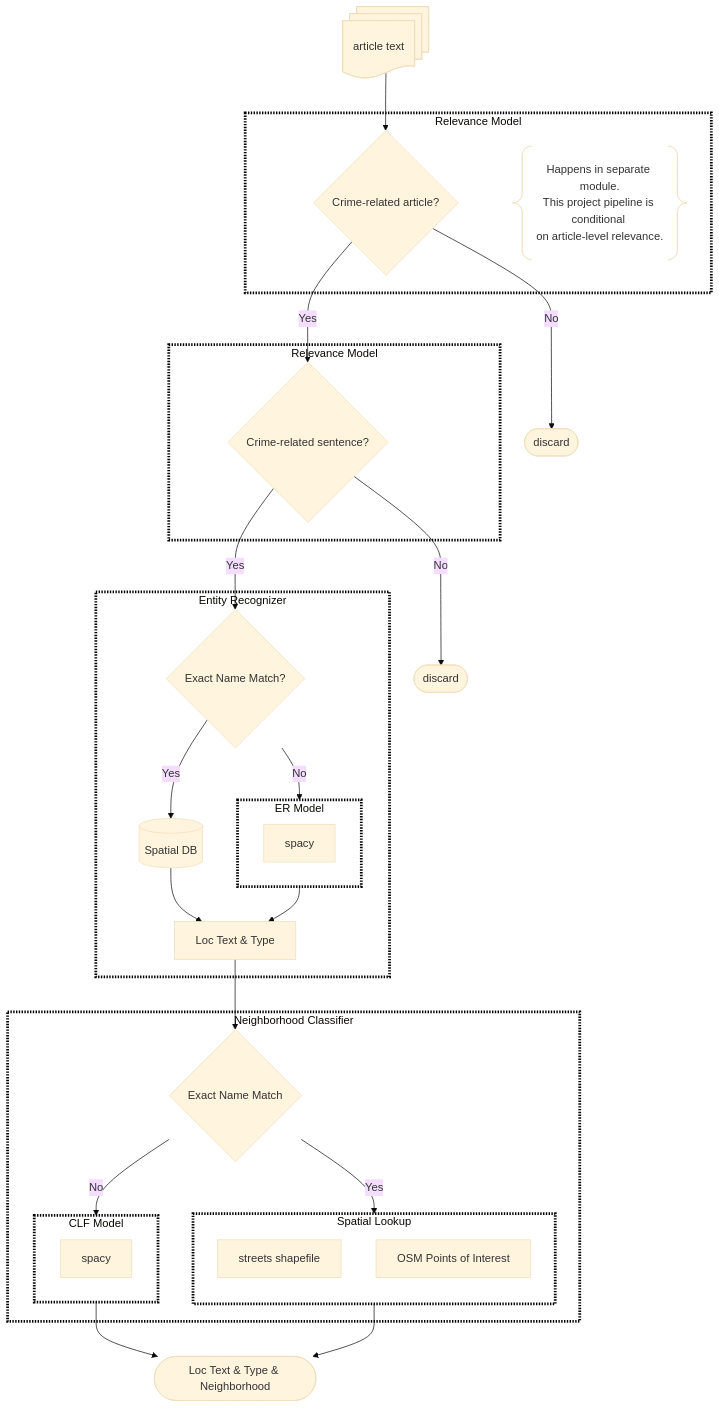
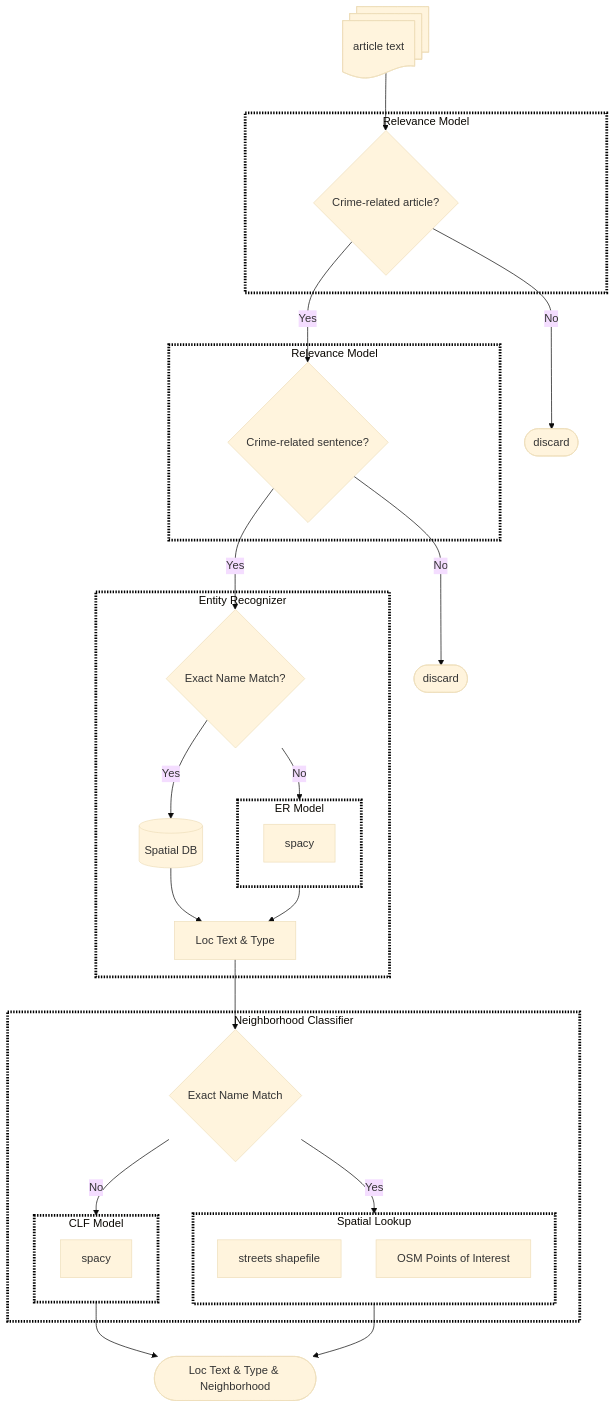
The diagram in README.md (eric-mc2/quantify-justice-news-geos), drawn with Mermaid (base theme) before and after one commit. The commit also changed other lines of this file, not shown here.

````diff
--- a/README.md
+++ b/README.md
@@ -32,74 +32,71 @@
 ```mermaid
 flowchart TB
 
 text@{ shape: docs, label: "article text"}
 label([Loc Text & Type & Neighborhood])
 discardA([discard])
 discardT([discard])
 
 style RELA fill:#FFF,stroke-width:4px,stroke:#000,stroke-dasharray:2 2
 subgraph RELA[Relevance Model]
     CrimeA@{ shape: diamond, label: "Crime-related article?" }
-    NOTE@{ shape: braces, label: "Happens in separate module.
-                                This project pipeline is conditional 
-                                on article-level relevance." }
 end
 
 text --> CrimeA
 CrimeA --> |No| discardA
 CrimeA --> |Yes| CrimeT
 
 style RELT fill:#FFF,stroke-width:4px,stroke:#000,stroke-dasharray:2 2
 subgraph RELT[Relevance Model]
     CrimeT@{ shape: diamond, label: "Crime-related sentence?" }
 end
 
 CrimeT --> |No| discardT
 CrimeT --> |Yes| ERExact
 
 style ER fill:#FFF,stroke-width:4px,stroke:#000,stroke-dasharray:2 2
 subgraph ER[Entity Recognizer]
     ERExact@{ shape: diamond, label: "Exact Name Match?" }
     SDB[(Spatial DB)]
     EROut[Loc Text & Type]
 
     style ERModel fill:#FFF,stroke-width:4px,stroke:#000,stroke-dasharray:2 2
     subgraph ERModel[ER Model]
         spacy2[spacy]
     end
 
 
     ERExact --> |Yes| SDB
     ERExact --> |No| ERModel
     ERModel --> EROut
     SDB --> EROut
 end
 
 EROut --> CLSExact
 
 style CLS fill:#FFF,stroke-width:4px,stroke:#000,stroke-dasharray:2 2
 subgraph CLS[Neighborhood Classifier]
     
     CLSExact@{ shape: diamond, label: "Exact Name Match" }
     
     style SL fill:#FFF,stroke-width:4px,stroke:#000,stroke-dasharray:2 2
     subgraph SL[Spatial Lookup]
         direction TB
         STS[streets shapefile]
         OSM[OSM Points of Interest]
     end
 
     style TC fill:#FFF,stroke-width:4px,stroke:#000,stroke-dasharray:2 2
     subgraph TC[CLF Model]
         spacy[spacy]
     end
 
     CLSExact --> |Yes| SL
     CLSExact --> |No| TC
 
 end
 
 TC --> label
 SL --> label
 
 ```
````
